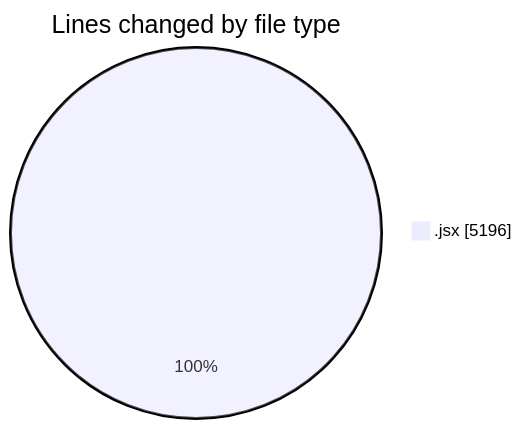
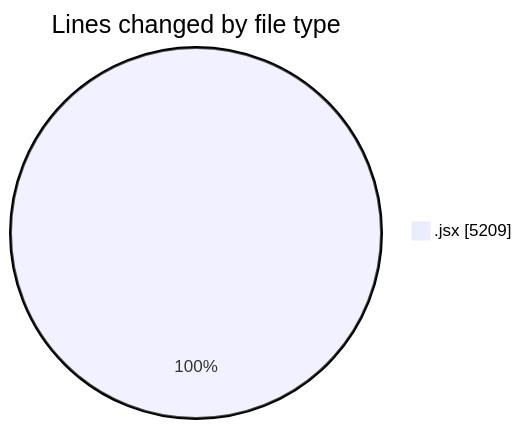
One commit to nxtqubesakshisongat/code-tracking changed the first of 2 diagrams in 2025-07-08/argos/README.md. Above: the diagram before and after it, drawn with Mermaid. The commit also changed other lines of this file and 1 other file, not shown here.

````diff
--- a/2025-07-08/argos/README.md
+++ b/2025-07-08/argos/README.md
@@ -26,5 +26,5 @@
 ```mermaid
 pie showData
 title Lines changed by file type
-".jsx" : 5196
+".jsx" : 5209
 ```
````
